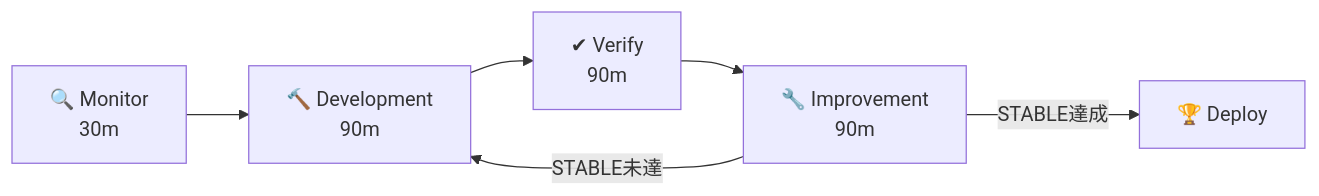
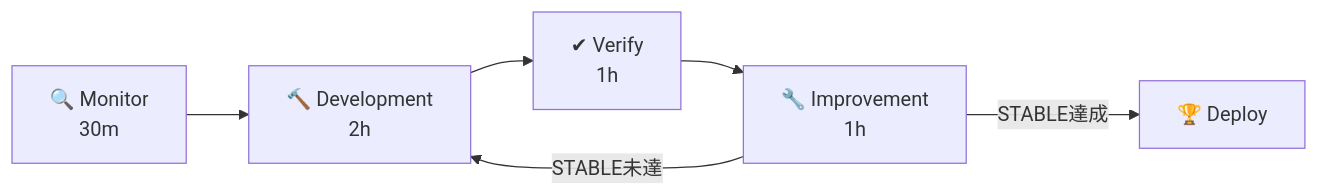
The second of 2 diagrams in scripts/claudeos/CLAUDE.md (Kensan196948G/ClaudeCLI-CodexCLI-CopilotCLI-StartUpTools-New), drawn with Mermaid before and after one commit. The commit also changed other lines of this file and 15 other files, not shown here.

````diff
--- a/scripts/claudeos/CLAUDE.md
+++ b/scripts/claudeos/CLAUDE.md
@@ -173,8 +173,8 @@
 ```mermaid
 flowchart LR
-    M[🔍 Monitor\n30m] --> D[🔨 Development\n90m]
-    D --> V[✔ Verify\n90m]
-    V --> I[🔧 Improvement\n90m]
+    M[🔍 Monitor\n30m] --> D[🔨 Development\n2h]
+    D --> V[✔ Verify\n1h]
+    V --> I[🔧 Improvement\n1h]
     I -->|STABLE未達| D
     I -->|STABLE達成| S[🏆 Deploy]
 ```
````
